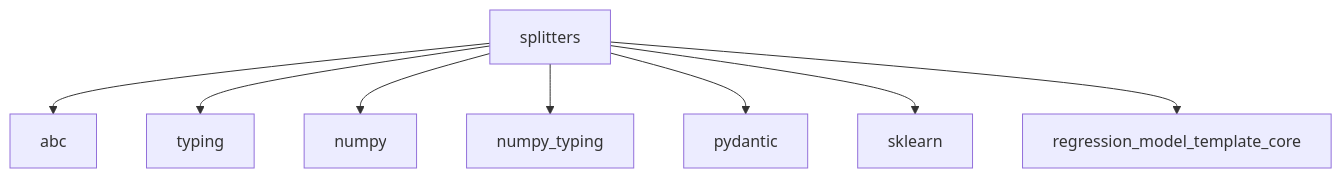
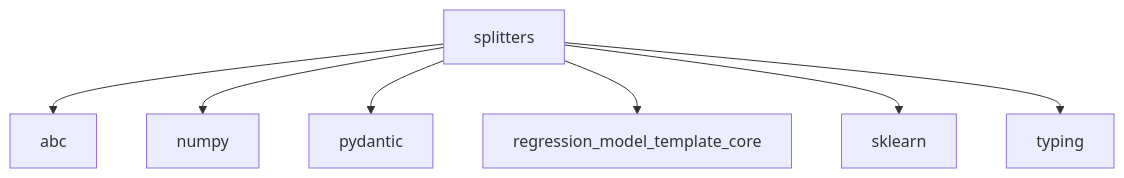
Before and after one commit to lgcorzo/mlops-python-package: the second of 2 diagrams in wiki/splitters.md, drawn with Mermaid. The commit also changed other lines of this file and 31 other files, not shown here.

````diff
--- a/wiki/splitters.md
+++ b/wiki/splitters.md
@@ -43,10 +43,10 @@
 ```mermaid
 flowchart TD
+
     splitters --> abc
+    splitters --> numpy
+    splitters --> pydantic
+    splitters --> regression_model_template_core
+    splitters --> sklearn
     splitters --> typing
-    splitters --> numpy
-    splitters --> numpy_typing
-    splitters --> pydantic
-    splitters --> sklearn
-    splitters --> regression_model_template_core
 ```
````
